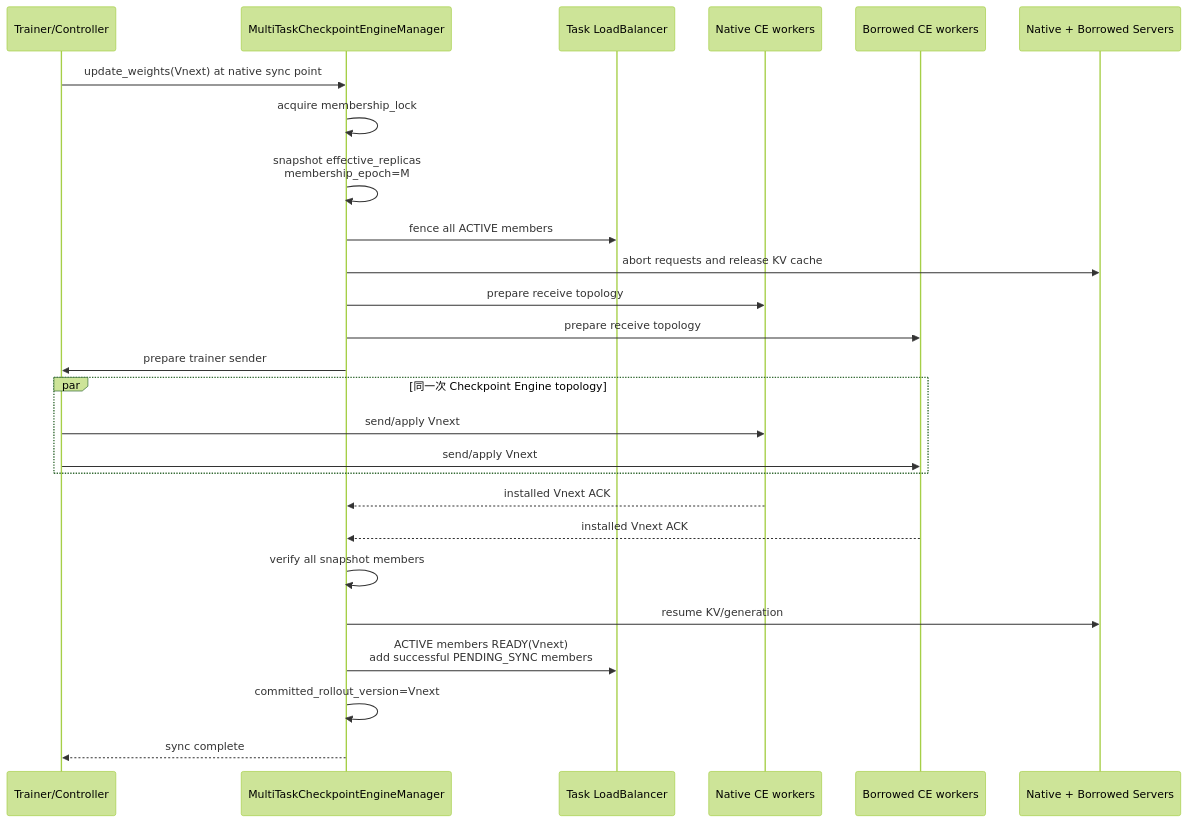
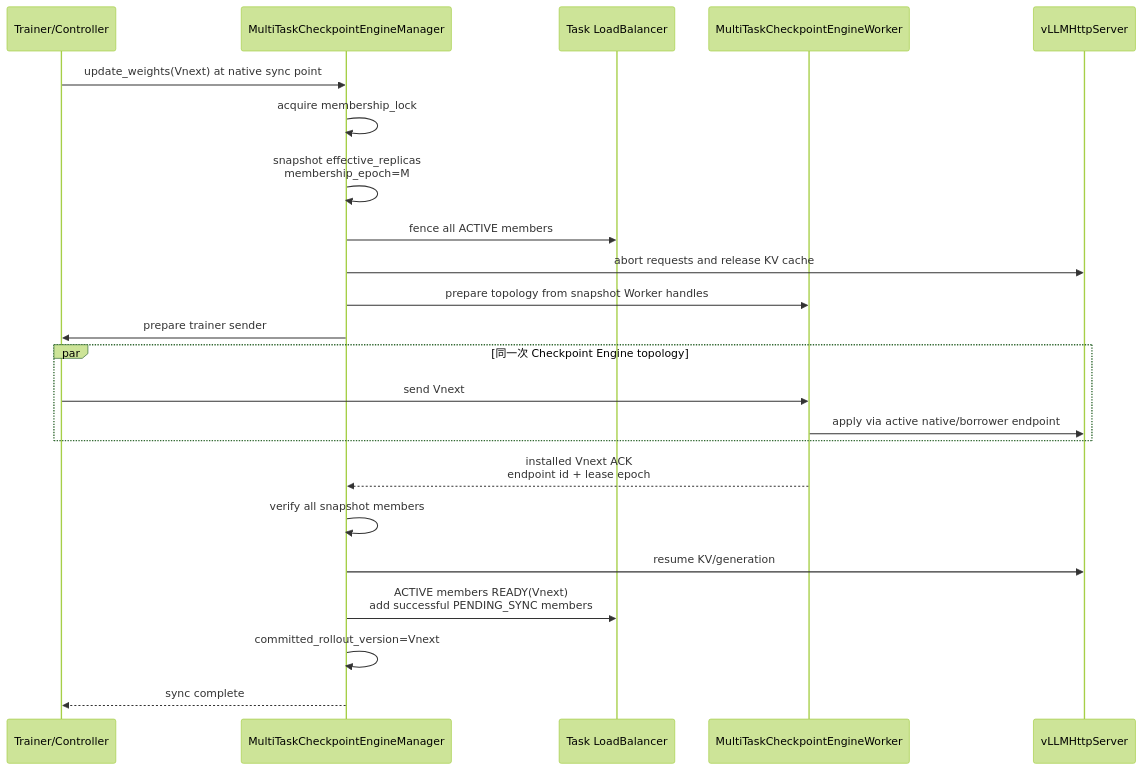
Before and after one commit to niuypei/multi_task_verl: the fifth of 5 diagrams in multi_task_scheduler/07-async-parameter-sync-checkpoint-engine.md, drawn with Mermaid (forest theme). The commit also changed other lines of this file and 4 other files, not shown here.

Commit message:
docs: refine standalone multi-task resource sharing RFC

````diff
--- a/multi_task_scheduler/07-async-parameter-sync-checkpoint-engine.md
+++ b/multi_task_scheduler/07-async-parameter-sync-checkpoint-engine.md
@@ -439,29 +486,26 @@
 ```mermaid
 sequenceDiagram
     participant T as Trainer/Controller
     participant CE as MultiTaskCheckpointEngineManager
     participant LB as Task LoadBalancer
-    participant NW as Native CE workers
-    participant BW as Borrowed CE workers
-    participant S as Native + Borrowed Servers
+    participant CW as MultiTaskCheckpointEngineWorker
+    participant S as vLLMHttpServer
 
     T->>CE: update_weights(Vnext) at native sync point
     CE->>CE: acquire membership_lock
     CE->>CE: snapshot effective_replicas<br/>membership_epoch=M
     CE->>LB: fence all ACTIVE members
     CE->>S: abort requests and release KV cache
-    CE->>NW: prepare receive topology
-    CE->>BW: prepare receive topology
+    CE->>CW: prepare topology from snapshot Worker handles
     CE->>T: prepare trainer sender
     par 同一次 Checkpoint Engine topology
-        T->>NW: send/apply Vnext
-        T->>BW: send/apply Vnext
+        T->>CW: send Vnext
+        CW->>S: apply via active native/borrower endpoint
     end
-    NW-->>CE: installed Vnext ACK
-    BW-->>CE: installed Vnext ACK
+    CW-->>CE: installed Vnext ACK<br/>endpoint id + lease epoch
     CE->>CE: verify all snapshot members
     CE->>S: resume KV/generation
     CE->>LB: ACTIVE members READY(Vnext)<br/>add successful PENDING_SYNC members
     CE->>CE: committed_rollout_version=Vnext
     CE-->>T: sync complete
 ```
````
